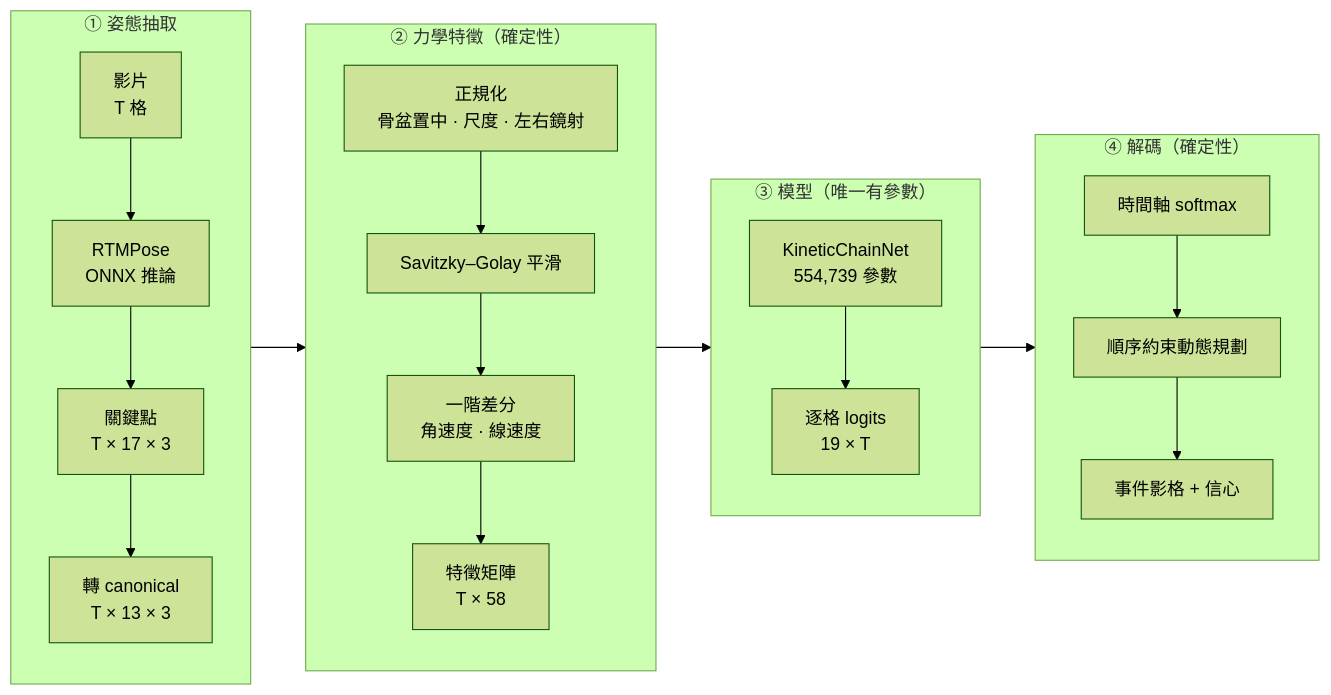
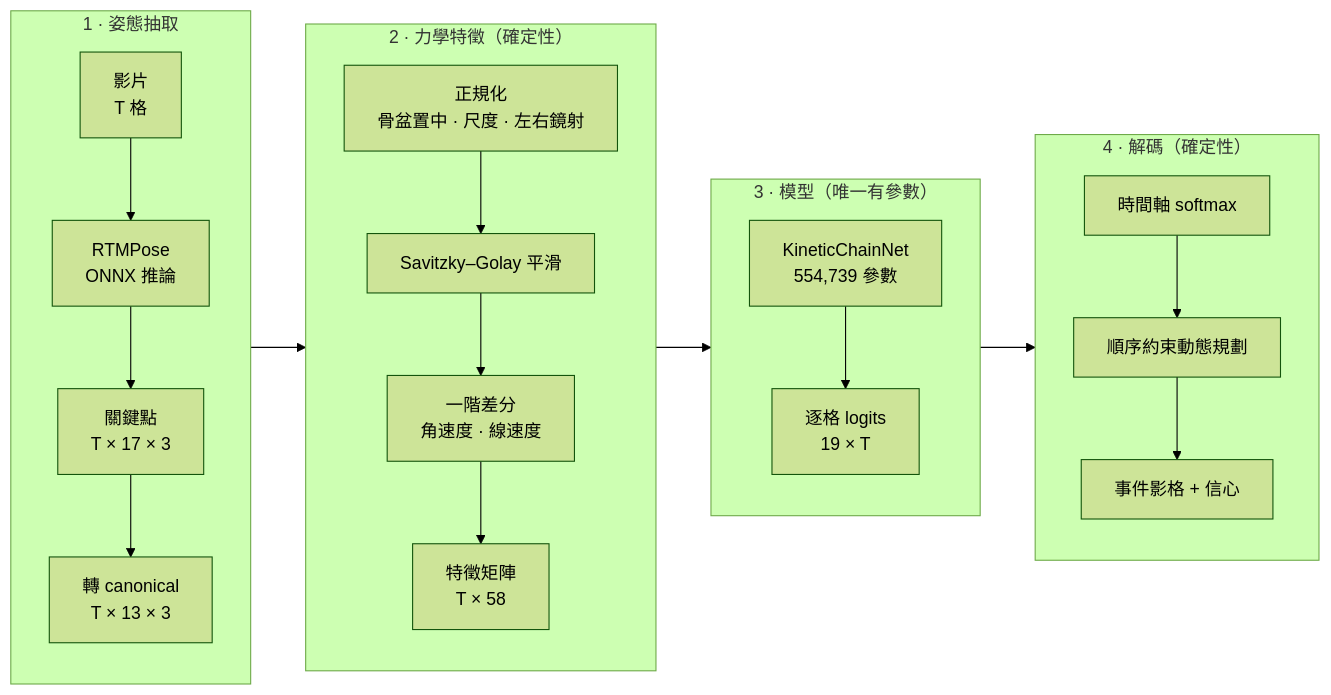
The first of 3 diagrams in README.md (Air847735/KineticChain_Experiment), drawn with Mermaid (forest theme) before and after one commit. The commit also changed other lines of this file, not shown here.

````diff
--- a/README.md
+++ b/README.md
@@ -31,27 +72,27 @@
 ```mermaid
 flowchart LR
-    subgraph S1["① 姿態抽取"]
+    subgraph S1["1 · 姿態抽取"]
         direction TB
         V["影片<br/>T 格"] --> RTM["RTMPose<br/>ONNX 推論"]
         RTM --> KP["關鍵點<br/>T × 17 × 3"]
         KP --> CAN["轉 canonical<br/>T × 13 × 3"]
     end
-    subgraph S2["② 力學特徵（確定性）"]
+    subgraph S2["2 · 力學特徵（確定性）"]
         direction TB
         NORM["正規化<br/>骨盆置中 · 尺度 · 左右鏡射"] --> SG["Savitzky–Golay 平滑"]
         SG --> DIFF["一階差分<br/>角速度 · 線速度"]
         DIFF --> FEAT["特徵矩陣<br/>T × 58"]
     end
-    subgraph S3["③ 模型（唯一有參數）"]
+    subgraph S3["3 · 模型（唯一有參數）"]
         direction TB
         NET["KineticChainNet<br/>554,739 參數"] --> LOG["逐格 logits<br/>19 × T"]
     end
-    subgraph S4["④ 解碼（確定性）"]
+    subgraph S4["4 · 解碼（確定性）"]
         direction TB
         SMX["時間軸 softmax"] --> DP["順序約束動態規劃"]
         DP --> OUT["事件影格 + 信心"]
     end
     CAN --> NORM
     FEAT --> NET
     LOG --> SMX
 ```
````
